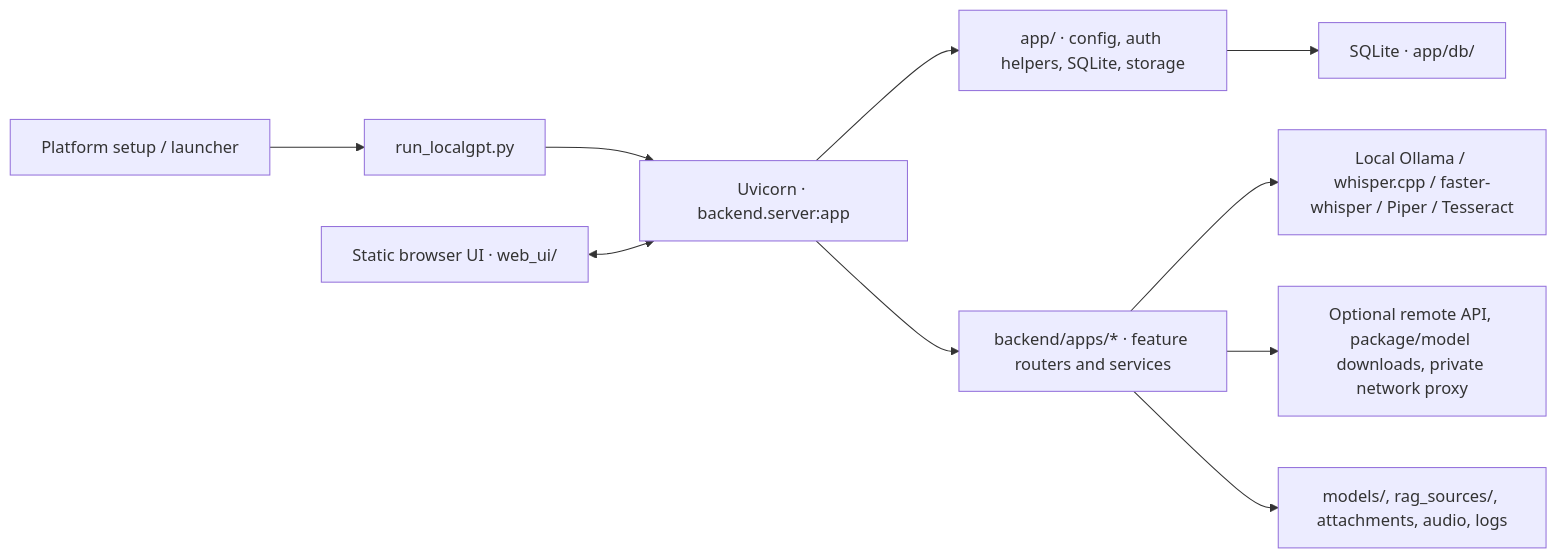
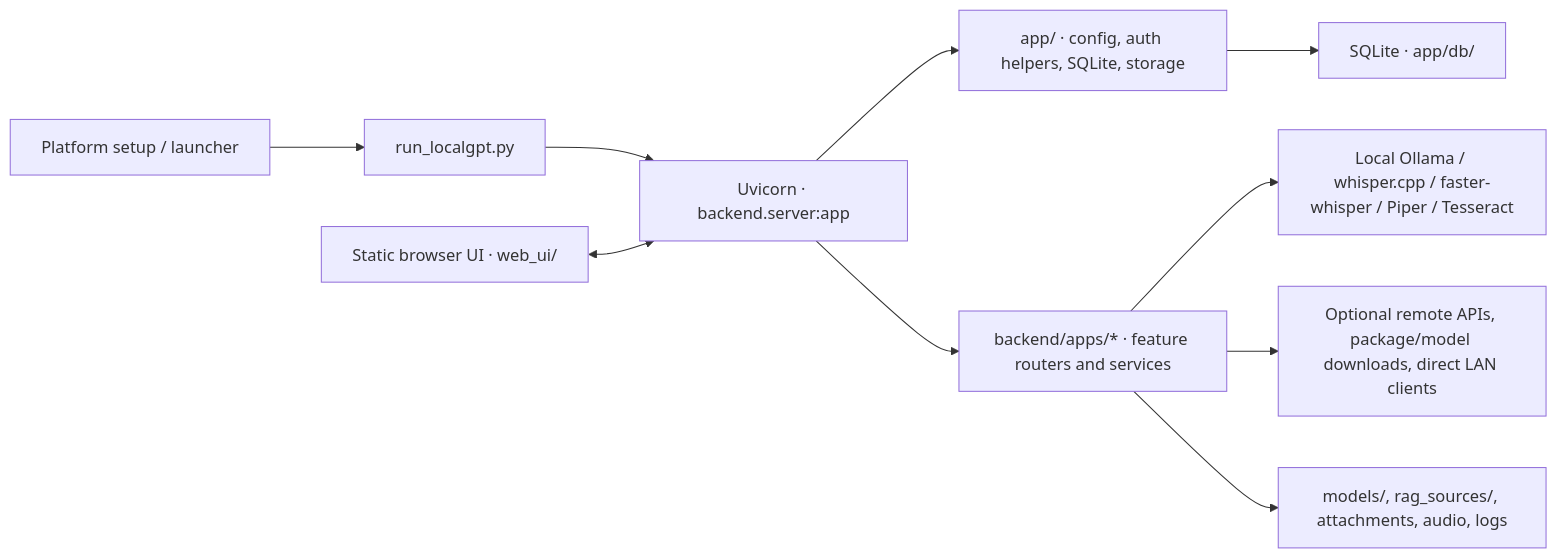
The diagram in docs/security/OPEN_SOURCE_READINESS_AUDIT.md (Oleksandrnie/LocalGPT), drawn with Mermaid before and after one commit. The commit also changed other lines of this file and 12 other files, not shown here.

Commit message:
docs(networking): document direct LAN mode

````diff
--- a/docs/security/OPEN_SOURCE_READINESS_AUDIT.md
+++ b/docs/security/OPEN_SOURCE_READINESS_AUDIT.md
@@ -15,12 +17,12 @@
 ```mermaid
 flowchart LR
     Setup["Platform setup / launcher"] --> Runner["run_localgpt.py"]
     Runner --> API["Uvicorn · backend.server:app"]
     Browser["Static browser UI · web_ui/"] <--> API
     API --> Shared["app/ · config, auth helpers, SQLite, storage"]
     API --> Features["backend/apps/* · feature routers and services"]
     Features --> Providers["Local Ollama / whisper.cpp / faster-whisper / Piper / Tesseract"]
-    Features --> External["Optional remote API, package/model downloads, private network proxy"]
+    Features --> External["Optional remote APIs, package/model downloads, direct LAN clients"]
     Shared --> DB["SQLite · app/db/"]
     Features --> LocalData["models/, rag_sources/, attachments, audio, logs"]
 ```
````
